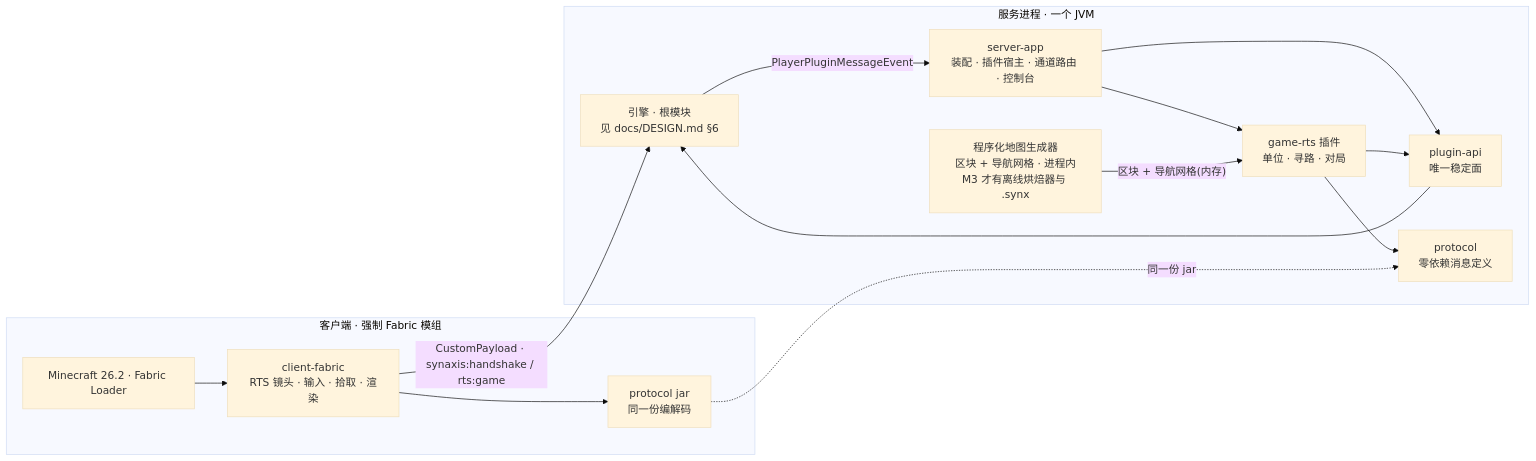
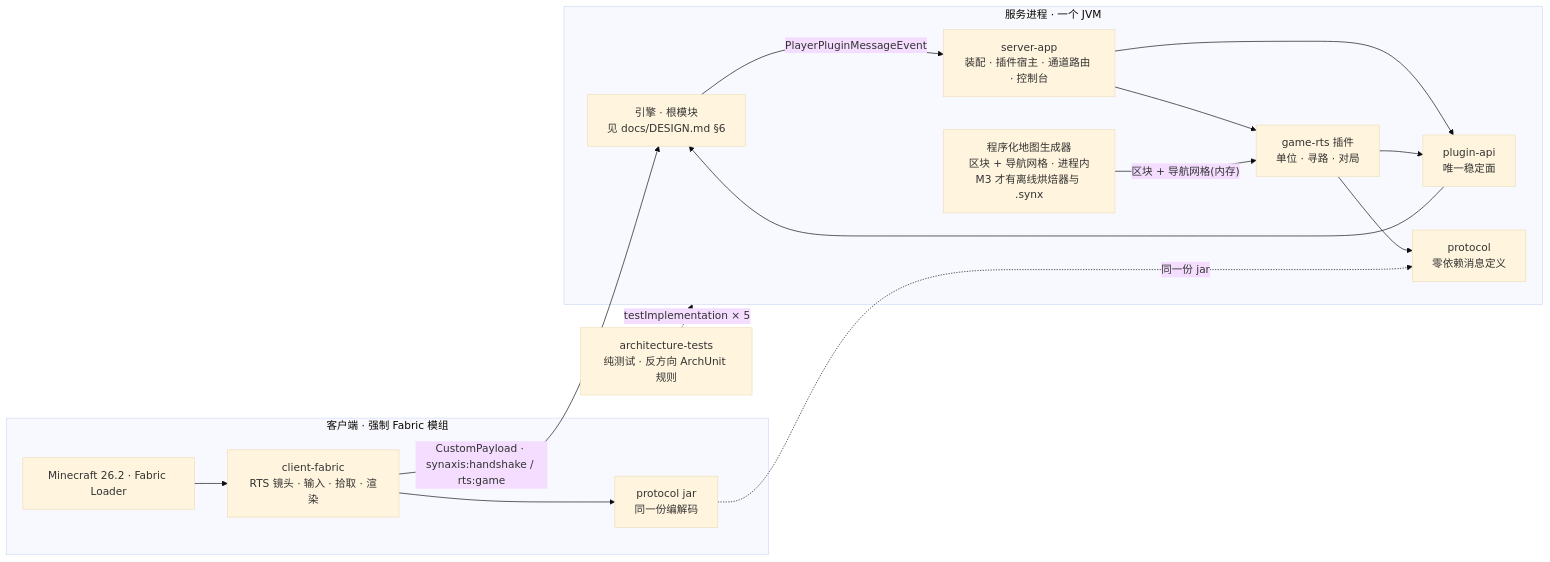
Before and after one commit to Bearisbug/synaxis: the first of 9 diagrams in docs/DESIGN-M2.md, drawn with Mermaid (base theme). The commit also changed other lines of this file and 7 other files, not shown here.

First line of the commit message:
Add the architecture-tests aggregate project (DESIGN-M2 v0.38)

````diff
--- a/docs/DESIGN-M2.md
+++ b/docs/DESIGN-M2.md
@@ -163,27 +164,29 @@
 ```mermaid
 flowchart LR
   subgraph client[客户端 · 强制 Fabric 模组]
     mc[Minecraft 26.2 · Fabric Loader]
     mod[client-fabric<br/>RTS 镜头 · 输入 · 拾取 · 渲染]
     proto_c[protocol jar<br/>同一份编解码]
   end
   subgraph server[服务进程 · 一个 JVM]
     app[server-app<br/>装配 · 插件宿主 · 通道路由 · 控制台]
     papi[plugin-api<br/>唯一稳定面]
     rts[game-rts 插件<br/>单位 · 寻路 · 对局]
     proto_s[protocol<br/>零依赖消息定义]
     gen[程序化地图生成器<br/>区块 + 导航网格 · 进程内<br/>M3 才有离线烘焙器与 .synx]
     engine[引擎 · 根模块<br/>见 docs/DESIGN.md §6]
   end
   mc --> mod
   mod --> proto_c
   mod -- "CustomPayload · synaxis:handshake / rts:game" --> engine
   engine -- "PlayerPluginMessageEvent" --> app
   app --> papi
   app --> rts
   rts --> papi
   papi --> engine
   rts --> proto_s
   proto_c -. "同一份 jar" .-> proto_s
   gen -- "区块 + 导航网格(内存)" --> rts
+  arch[architecture-tests<br/>纯测试 · 反方向 ArchUnit 规则]
+  arch -. "testImplementation × 5" .-> server
 ```
````
